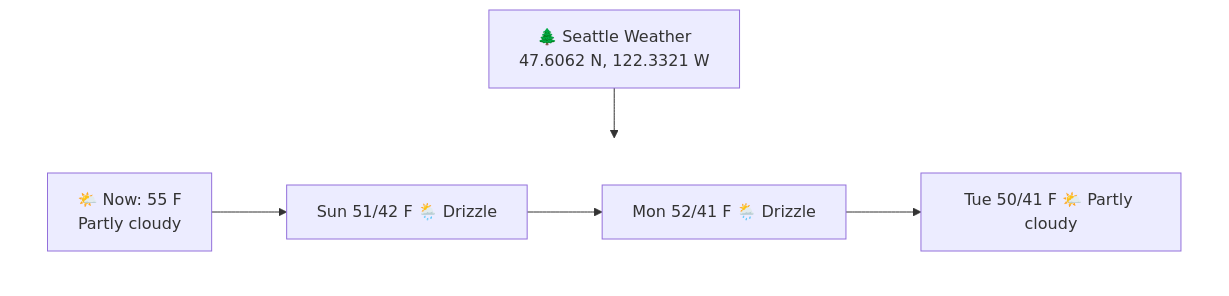
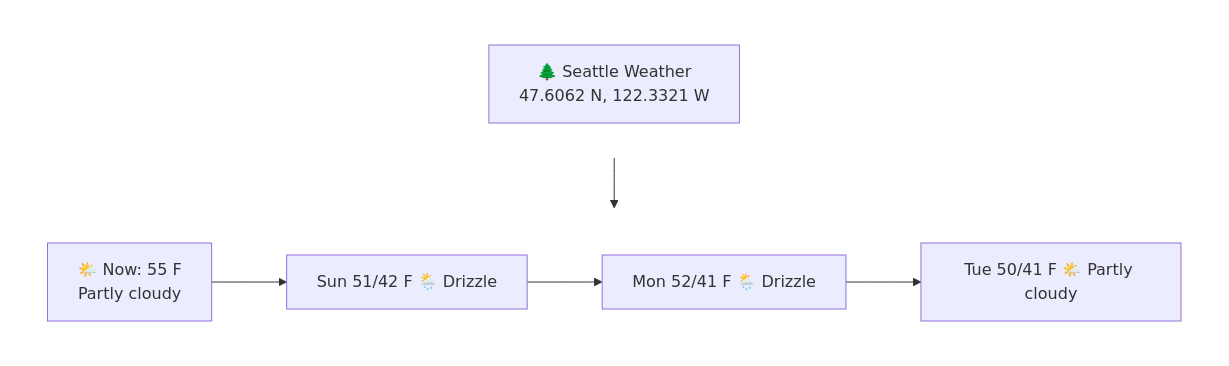
Before and after one commit to 23skdu/23skdu: the diagram in README.md, drawn with Mermaid. The commit also changed 1 other file, not shown here.

Commit message:
Make Seattle banner top row and days bottom row

````diff
--- a/README.md
+++ b/README.md
@@ -2,14 +2,17 @@
 ```mermaid
-flowchart TD
-    T["🌲 Seattle Weather\n47.6062 N, 122.3321 W"]
-    subgraph row[" "]
+flowchart TB
+    subgraph top[" "]
+        T["🌲 Seattle Weather\n47.6062 N, 122.3321 W"]
+    end
+    subgraph bottom[" "]
         direction LR
         N["🌤️ Now: 55 F\nPartly cloudy"]
         D1["Sun 51/42 F 🌦️ Drizzle"]
         D2["Mon 52/41 F 🌦️ Drizzle"]
         D3["Tue 50/41 F 🌤️ Partly cloudy"]
         N --> D1 --> D2 --> D3
     end
-    T --> N
-    style row fill:none,stroke:none
+    top --> bottom
+    style top fill:none,stroke:none
+    style bottom fill:none,stroke:none
 ```
````
